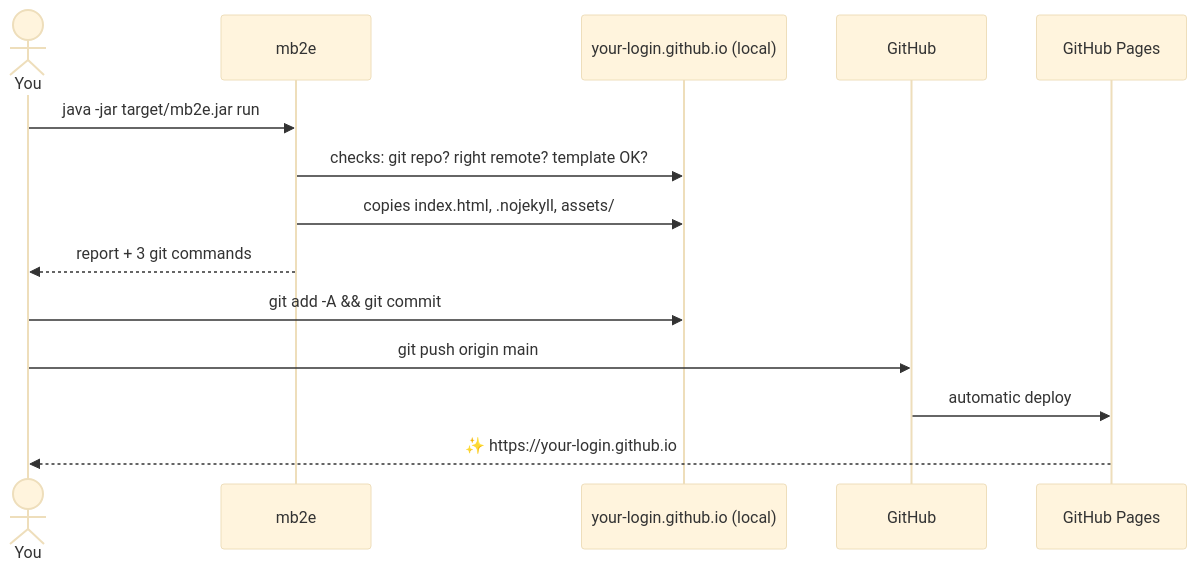
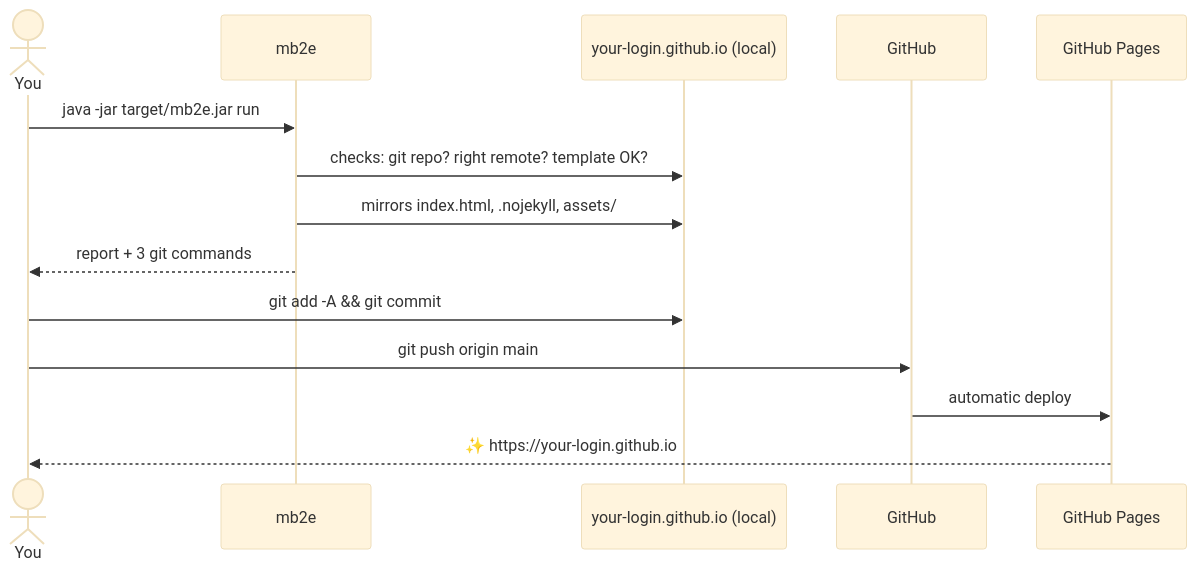
Before and after one commit to mbero/mb2e: the third of 3 diagrams in README.md, drawn with Mermaid (base theme). The commit also changed other lines of this file and 77 other files, not shown here.

````diff
--- a/README.md
+++ b/README.md
@@ -173,17 +205,17 @@
 ```mermaid
 sequenceDiagram
     actor You
     participant mb2e
     participant Repo as your-login.github.io (local)
     participant GH as GitHub
     participant Pages as GitHub Pages
 
     You->>mb2e: java -jar target/mb2e.jar run
     mb2e->>Repo: checks: git repo? right remote? template OK?
-    mb2e->>Repo: copies index.html, .nojekyll, assets/
+    mb2e->>Repo: mirrors index.html, .nojekyll, assets/
     mb2e-->>You: report + 3 git commands
     You->>Repo: git add -A && git commit
     You->>GH: git push origin main
     GH->>Pages: automatic deploy
     Pages-->>You: ✨ https://your-login.github.io
 ```
````
